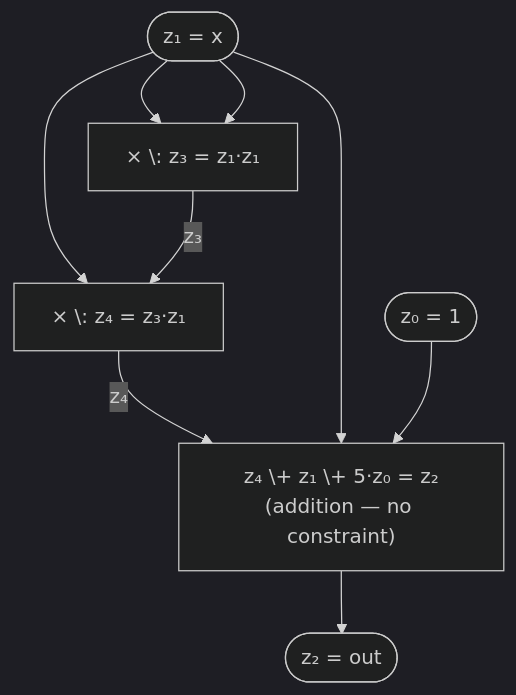
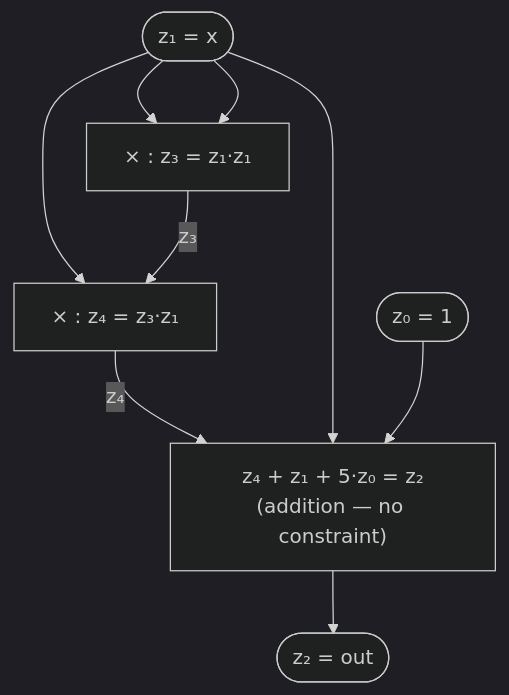
One commit to nhatminh65537/kitsu-quartz changed the second of 4 diagrams in content/zkverify-series/arithmetic-circuits/07-circuit-to-r1cs.md. Above: the diagram before and after it, drawn with Mermaid (dark theme). The commit also changed other lines of this file and 127 other files, not shown here.

````diff
--- a/content/zkverify-series/arithmetic-circuits/07-circuit-to-r1cs.md
+++ b/content/zkverify-series/arithmetic-circuits/07-circuit-to-r1cs.md
@@ -78,11 +70,11 @@
 ```mermaid
 graph TD
-    x(["z₁ = x"]) --> mul1["× \: z₃ = z₁·z₁"]
+    x(["z₁ = x"]) --> mul1["× : z₃ = z₁·z₁"]
     x --> mul1
-    x --> mul2["× \: z₄ = z₃·z₁"]
+    x --> mul2["× : z₄ = z₃·z₁"]
     mul1 -->|z₃| mul2
-    mul2 -->|z₄| note1["z₄ \+ z₁ \+ 5·z₀ = z₂<br>(addition — no constraint)"]
+    mul2 -->|z₄| note1["z₄ + z₁ + 5·z₀ = z₂<br>(addition — no constraint)"]
     x --> note1
     c5(["z₀ = 1"]) --> note1
     note1 --> out(["z₂ = out"])
 ```
````
